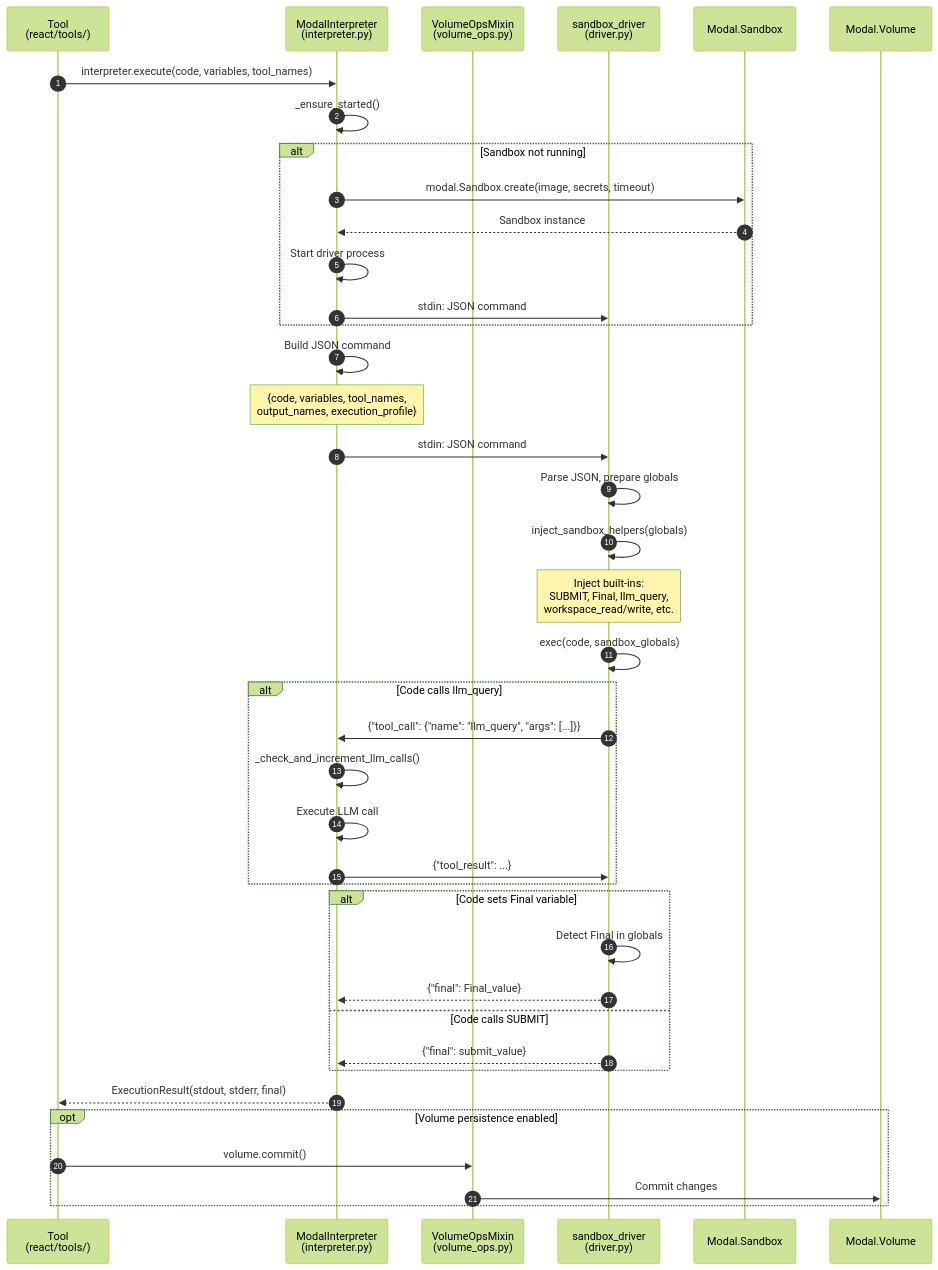
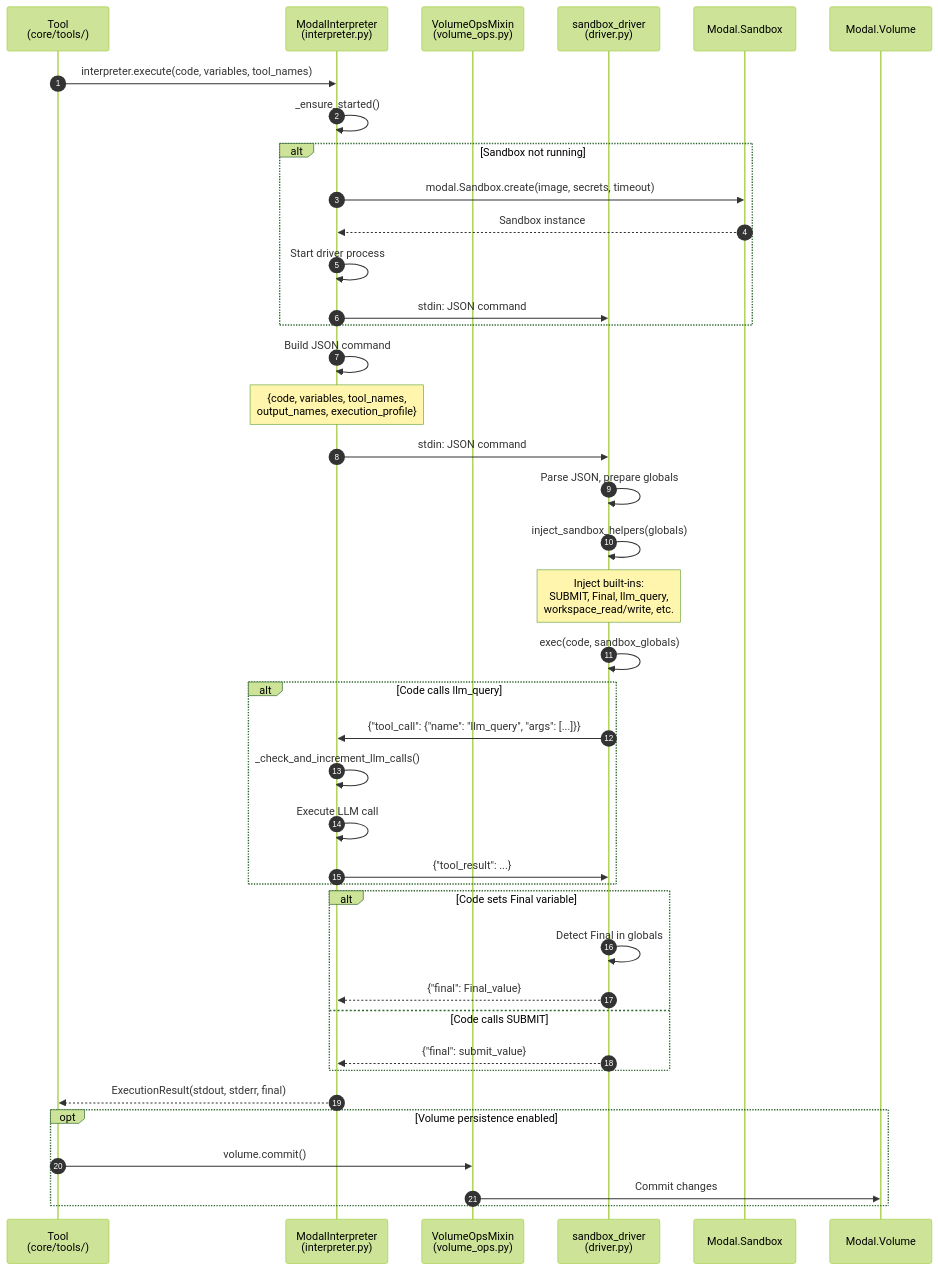
Before and after one commit to Qredence/fleet-rlm: the sixth of 6 diagrams in docs/architecture.md, drawn with Mermaid (forest theme). The commit also changed other lines of this file and 9 other files, not shown here.

First line of the commit message:
Refactor documentation for testing strategy, frontend architecture, backend integration, and Python API

````diff
--- a/docs/architecture.md
+++ b/docs/architecture.md
@@ -464,52 +465,52 @@
 ```mermaid
 sequenceDiagram
     autonumber
-    participant Tool as Tool<br/>(react/tools/)
+    participant Tool as Tool<br/>(core/tools/)
     participant Interp as ModalInterpreter<br/>(interpreter.py)
     participant VolOps as VolumeOpsMixin<br/>(volume_ops.py)
     participant Driver as sandbox_driver<br/>(driver.py)
     participant Sandbox as Modal.Sandbox
     participant Volume as Modal.Volume
 
     Tool->>Interp: interpreter.execute(code, variables, tool_names)
     Interp->>Interp: _ensure_started()
 
     alt Sandbox not running
         Interp->>Sandbox: modal.Sandbox.create(image, secrets, timeout)
         Sandbox-->>Interp: Sandbox instance
         Interp->>Interp: Start driver process
         Interp->>Driver: stdin: JSON command
     end
 
     Interp->>Interp: Build JSON command
     Note over Interp: {code, variables, tool_names,<br/>output_names, execution_profile}
 
     Interp->>Driver: stdin: JSON command
     Driver->>Driver: Parse JSON, prepare globals
     Driver->>Driver: inject_sandbox_helpers(globals)
 
     Note over Driver: Inject built-ins:<br/>SUBMIT, Final, llm_query,<br/>workspace_read/write, etc.
 
     Driver->>Driver: exec(code, sandbox_globals)
 
     alt Code calls llm_query
         Driver->>Interp: {"tool_call": {"name": "llm_query", "args": [...]}}
         Interp->>Interp: _check_and_increment_llm_calls()
         Interp->>Interp: Execute LLM call
         Interp->>Driver: {"tool_result": ...}
     end
 
     alt Code sets Final variable
         Driver->>Driver: Detect Final in globals
         Driver-->>Interp: {"final": Final_value}
     else Code calls SUBMIT
         Driver-->>Interp: {"final": submit_value}
     end
 
     Interp-->>Tool: ExecutionResult(stdout, stderr, final)
 
     opt Volume persistence enabled
         Tool->>VolOps: volume.commit()
         VolOps->>Volume: Commit changes
     end
 ```
````
